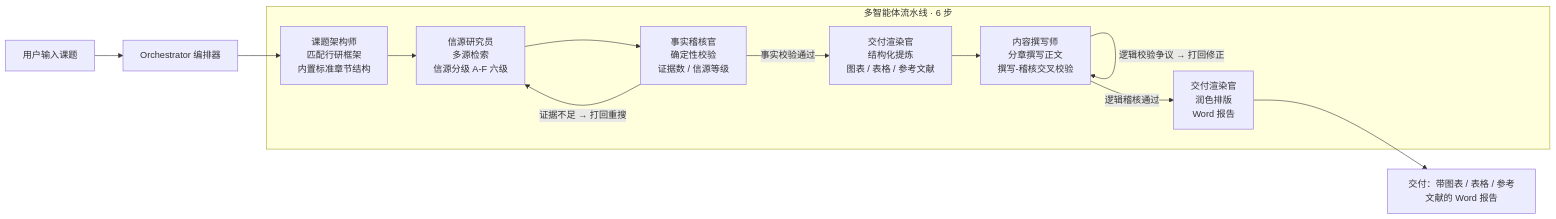
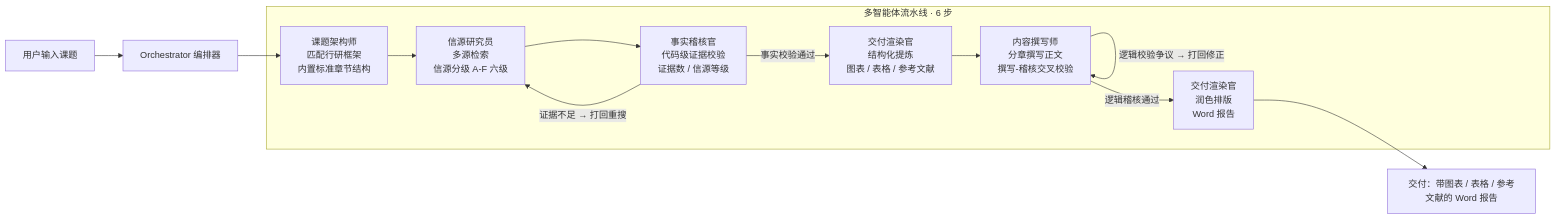
The diagram in README.md (yuyu-0808/eco-research-copilot), drawn with Mermaid before and after one commit. The commit also changed other lines of this file, not shown here.

````diff
--- a/README.md
+++ b/README.md
@@ -45,18 +46,18 @@
 ```mermaid
 flowchart LR
     U[用户输入课题] --> O[Orchestrator 编排器]
     subgraph Pipeline["多智能体流水线 · 6 步"]
         A1[课题架构师<br/>匹配行研框架<br/>内置标准章节结构]
         A2[信源研究员<br/>多源检索<br/>信源分级 A-F 六级]
-        A3[事实稽核官<br/>确定性校验<br/>证据数 / 信源等级]
+        A3[事实稽核官<br/>代码级证据校验<br/>证据数 / 信源等级]
         A4[交付渲染官<br/>结构化提炼<br/>图表 / 表格 / 参考文献]
         A5[内容撰写师<br/>分章撰写正文<br/>撰写-稽核交叉校验]
         A6[交付渲染官<br/>润色排版<br/>Word 报告]
     end
     O --> A1 --> A2 --> A3
     A3 -- "证据不足 → 打回重搜" --> A2
     A3 -- "事实校验通过" --> A4 --> A5
     A5 -- "逻辑校验争议 → 打回修正" --> A5
     A5 -- "逻辑稽核通过" --> A6
     A6 --> D[交付：带图表 / 表格 / 参考文献的 Word 报告]
 ```
````
